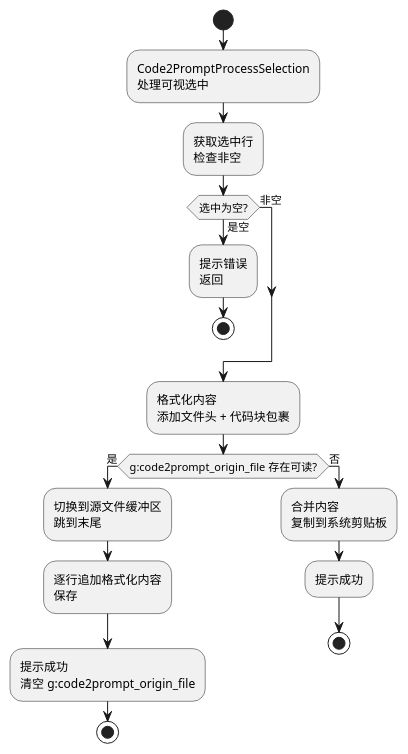
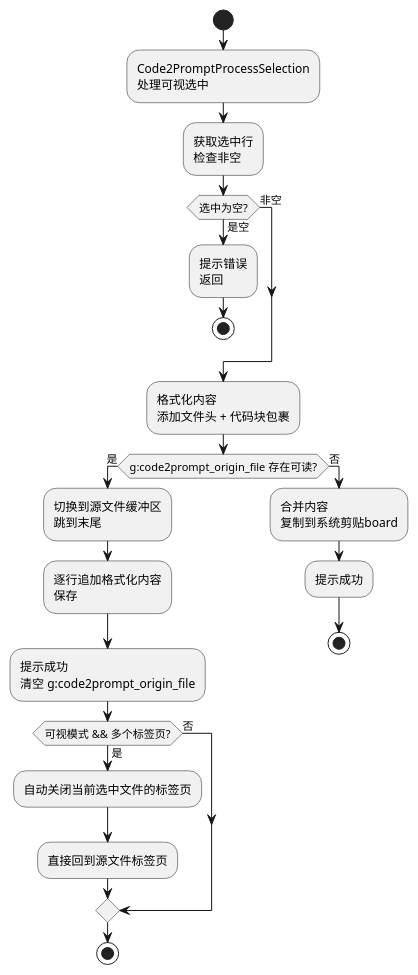
One commit to syllr/ainote changed the fifth of 5 diagrams in plugin/vimCode2Prompt/docs/workflow.md. Above: the diagram before and after it, drawn with PlantUML. The commit also changed 1 other file, not shown here.

Commit message:
feat: Add automatic tab closing after visual mode selection append
When using visual mode selection to append content from a opened file back
to the original source file:
- Automatically close the current tab after appending (if there are multiple tabs)
- Only applies when called from visual mode (is_visual = true)
- Update workflow documentation to reflect this new behavior

````diff
--- a/plugin/vimCode2Prompt/docs/workflow.md
+++ b/plugin/vimCode2Prompt/docs/workflow.md
@@ -222,29 +222,34 @@
 ```plantuml
 @startuml 可视区域选择处理流程
 start
 
 :Code2PromptProcessSelection\n处理可视选中;
 
 :获取选中行\n检查非空;
 
 if (选中为空?) then (是空)
   :提示错误\n返回;
   stop
 else (非空)
 endif
 
 :格式化内容\n添加文件头 + 代码块包裹;
 
 if (g:code2prompt_origin_file 存在可读?) then (是)
   :切换到源文件缓冲区\n跳到末尾;
   :逐行追加格式化内容\n保存;
   :提示成功\n清空 g:code2prompt_origin_file;
+  if (可视模式 && 多个标签页?) then (是)
+    :自动关闭当前选中文件的标签页;
+    :直接回到源文件标签页;
+  else (否)
+  endif
   stop
 else (否)
-  :合并内容\n复制到系统剪贴板;
+  :合并内容\n复制到系统剪贴board;
   :提示成功;
   stop
 endif
 
 @enduml
 ```
````
